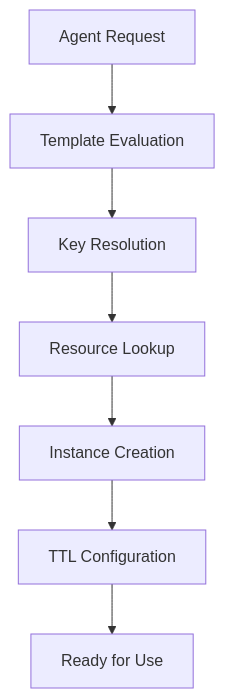
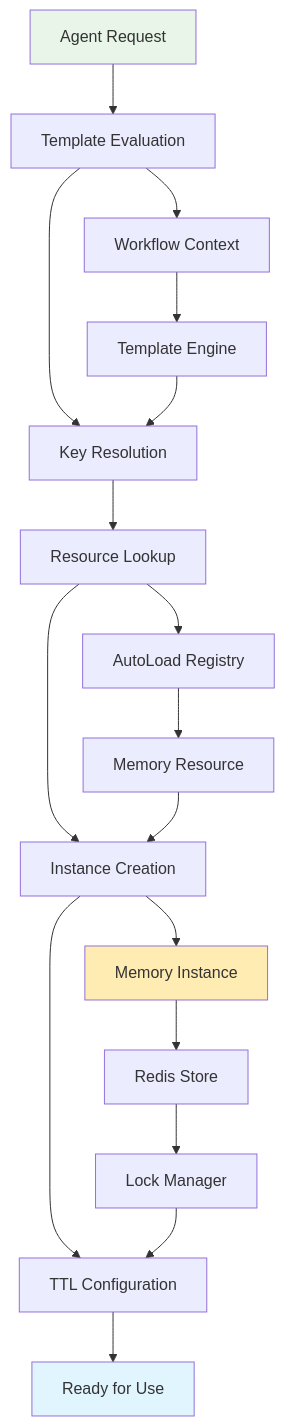
One commit to compozy/compozy changed the fifth of 18 diagrams in docs/content/docs/core/memory/memory-concepts.mdx. Above: the diagram before and after it, drawn with Mermaid. The commit also changed other lines of this file and 5 other files, not shown here.

````diff
--- a/docs/content/docs/core/memory/memory-concepts.mdx
+++ b/docs/content/docs/core/memory/memory-concepts.mdx
@@ -129,9 +305,26 @@
 ```mermaid
 graph TD
     A[Agent Request] --> B[Template Evaluation]
     B --> C[Key Resolution]
     C --> D[Resource Lookup]
     D --> E[Instance Creation]
     E --> F[TTL Configuration]
     F --> G[Ready for Use]
+    
+    B --> B1[Workflow Context]
+    B1 --> B2[Template Engine]
+    B2 --> C
+    
+    D --> D1[AutoLoad Registry]
+    D1 --> D2[Memory Resource]
+    D2 --> E
+    
+    E --> E1[Memory Instance]
+    E1 --> E2[Redis Store]
+    E2 --> E3[Lock Manager]
+    E3 --> F
+    
+    style A fill:#e8f5e8
+    style G fill:#e1f5fe
+    style E1 fill:#ffecb3
 ```
````
